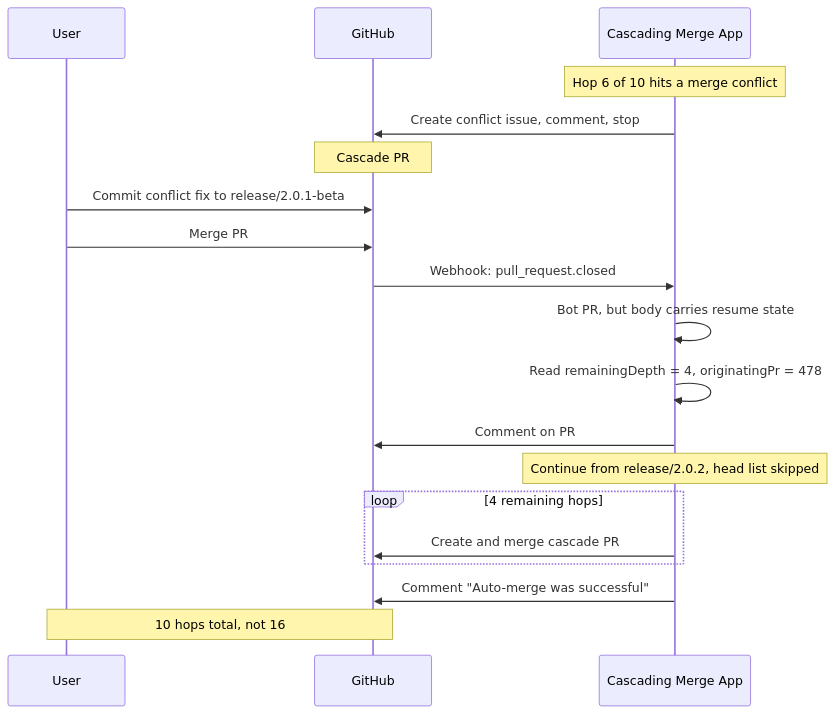
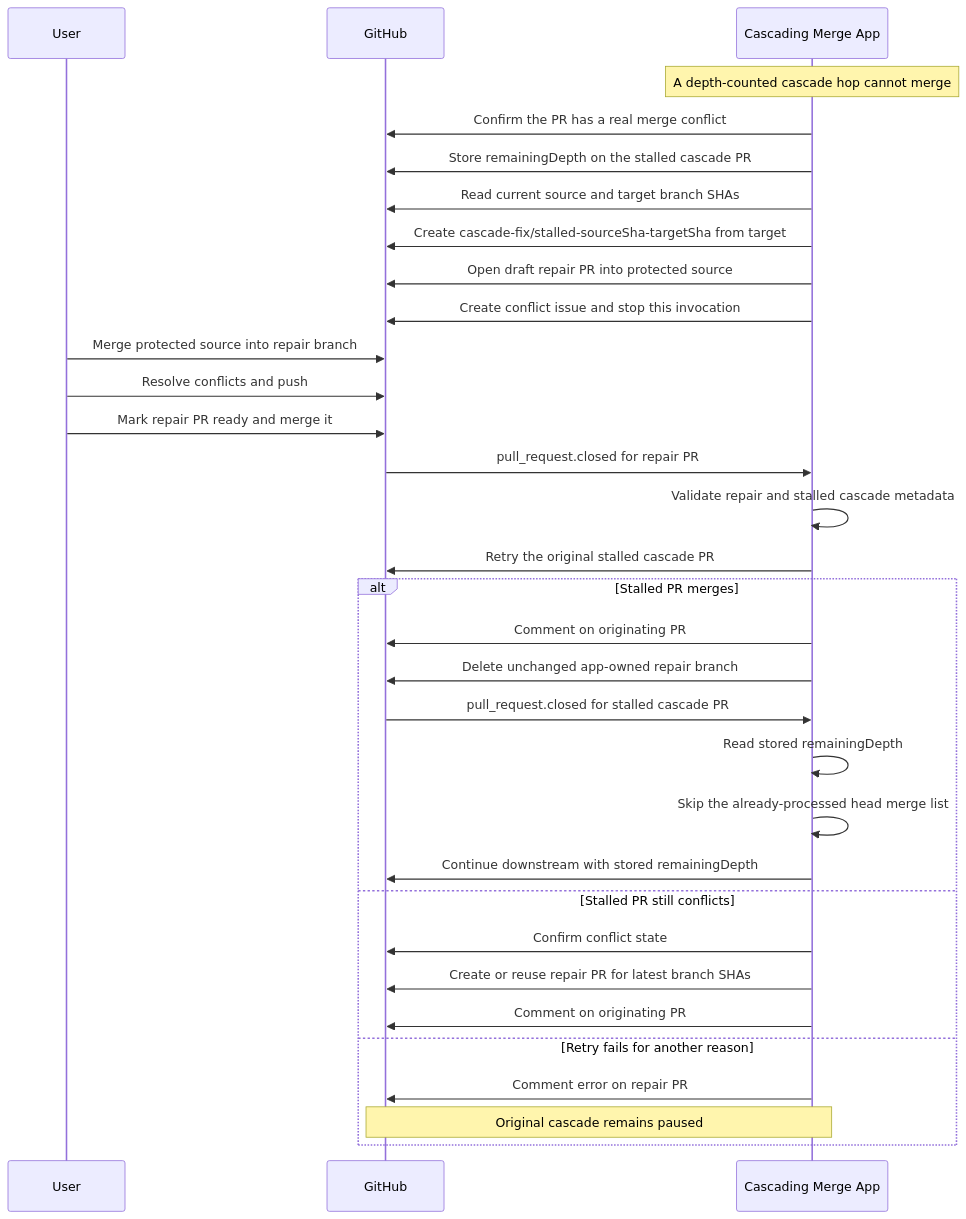
The third of 3 diagrams in docs/cascade-sequence.md (jefeish/cascading-merge-app), drawn with Mermaid before and after one commit. The commit also changed other lines of this file and 13 other files, not shown here.

````diff
--- a/docs/cascade-sequence.md
+++ b/docs/cascade-sequence.md
@@ -100,26 +148,38 @@
 ```mermaid
 sequenceDiagram
     participant User
     participant GitHub
     participant App as Cascading Merge App
 
-    Note over App: Hop 6 of 10 hits a merge conflict
-    App->>GitHub: Create conflict issue, comment, stop
-    Note over GitHub: Cascade PR #479 (release/2.0.1-beta -> release/2.0.2) stays open
+    Note over App: A depth-counted cascade hop cannot merge
+    App->>GitHub: Confirm the PR has a real merge conflict
+    App->>GitHub: Store remainingDepth on the stalled cascade PR
+    App->>GitHub: Read current source and target branch SHAs
+    App->>GitHub: Create cascade-fix/stalled-sourceSha-targetSha from target
+    App->>GitHub: Open draft repair PR into protected source
+    App->>GitHub: Create conflict issue and stop this invocation
 
-    User->>GitHub: Commit conflict fix to release/2.0.1-beta
-    User->>GitHub: Merge PR #479
-    GitHub->>App: Webhook: pull_request.closed
+    User->>GitHub: Merge protected source into repair branch
+    User->>GitHub: Resolve conflicts and push
+    User->>GitHub: Mark repair PR ready and merge it
+    GitHub->>App: pull_request.closed for repair PR
 
-    App->>App: Bot PR, but body carries resume state
-    App->>App: Read remainingDepth = 4, originatingPr = 478
-    App->>GitHub: Comment on PR #478 "Resuming interrupted cascade"
+    App->>App: Validate repair and stalled cascade metadata
+    App->>GitHub: Retry the original stalled cascade PR
 
-    Note over App: Continue from release/2.0.2, head list skipped
-    loop 4 remaining hops
-        App->>GitHub: Create and merge cascade PR
+    alt Stalled PR merges
+        App->>GitHub: Comment on originating PR
+        App->>GitHub: Delete unchanged app-owned repair branch
+        GitHub->>App: pull_request.closed for stalled cascade PR
+        App->>App: Read stored remainingDepth
+        App->>App: Skip the already-processed head merge list
+        App->>GitHub: Continue downstream with stored remainingDepth
+    else Stalled PR still conflicts
+        App->>GitHub: Confirm conflict state
+        App->>GitHub: Create or reuse repair PR for latest branch SHAs
+        App->>GitHub: Comment on originating PR
+    else Retry fails for another reason
+        App->>GitHub: Comment error on repair PR
+        Note over App,GitHub: Original cascade remains paused
     end
-
-    App->>GitHub: Comment "Auto-merge was successful"
-    Note over User,GitHub: 10 hops total, not 16
 ```
````
